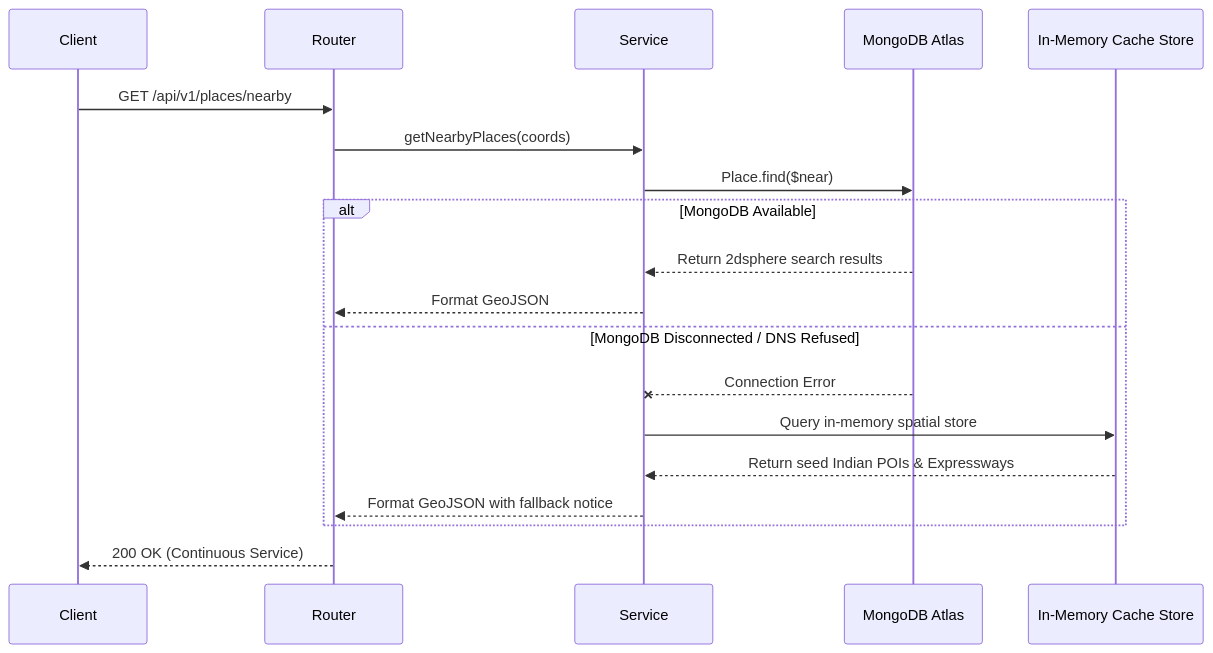
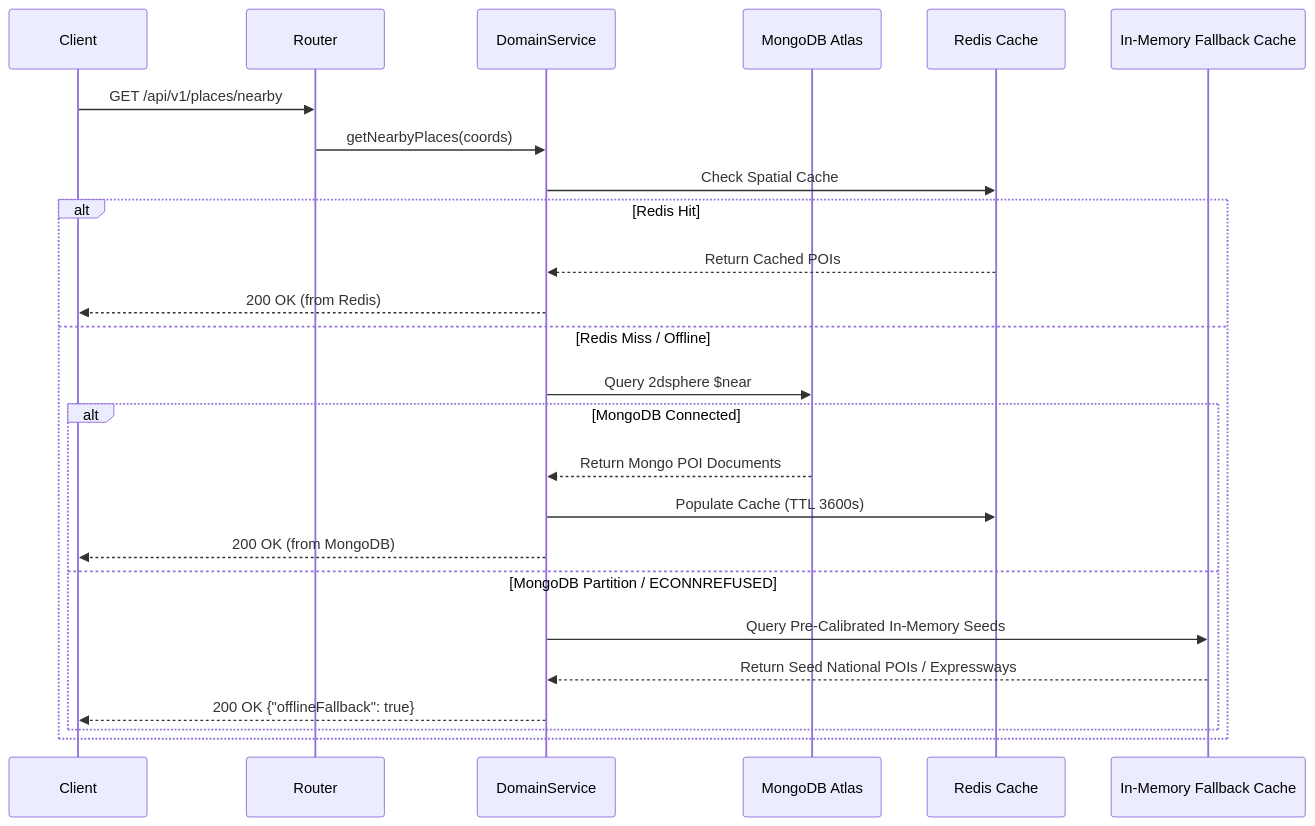
Before and after one commit to maitijit89/B-Map-Backend: the fifth of 14 diagrams in architecture.md, drawn with Mermaid. The commit also changed other lines of this file and 130 other files, not shown here.

````diff
--- a/architecture.md
+++ b/architecture.md
@@ -263,22 +392,28 @@
 ```mermaid
 sequenceDiagram
     participant Client
     participant Router
-    participant Service
+    participant DomainService
     participant Mongo as MongoDB Atlas
-    participant MemFallback as In-Memory Cache Store
+    participant Redis as Redis Cache
+    participant Fallback as In-Memory Fallback Cache
 
     Client->>Router: GET /api/v1/places/nearby
-    Router->>Service: getNearbyPlaces(coords)
-    Service->>Mongo: Place.find($near)
-    alt MongoDB Available
-        Mongo-->>Service: Return 2dsphere search results
-        Service-->>Router: Format GeoJSON
-    else MongoDB Disconnected / DNS Refused
-        Mongo--xService: Connection Error
-        Service->>MemFallback: Query in-memory spatial store
-        MemFallback-->>Service: Return seed Indian POIs & Expressways
-        Service-->>Router: Format GeoJSON with fallback notice
+    Router->>DomainService: getNearbyPlaces(coords)
+    DomainService->>Redis: Check Spatial Cache
+    alt Redis Hit
+        Redis-->>DomainService: Return Cached POIs
+        DomainService-->>Client: 200 OK (from Redis)
+    else Redis Miss / Offline
+        DomainService->>Mongo: Query 2dsphere $near
+        alt MongoDB Connected
+            Mongo-->>DomainService: Return Mongo POI Documents
+            DomainService->>Redis: Populate Cache (TTL 3600s)
+            DomainService-->>Client: 200 OK (from MongoDB)
+        else MongoDB Partition / ECONNREFUSED
+            DomainService->>Fallback: Query Pre-Calibrated In-Memory Seeds
+            Fallback-->>DomainService: Return Seed National POIs / Expressways
+            DomainService-->>Client: 200 OK {"offlineFallback": true}
+        end
     end
-    Router-->>Client: 200 OK (Continuous Service)
 ```
````
